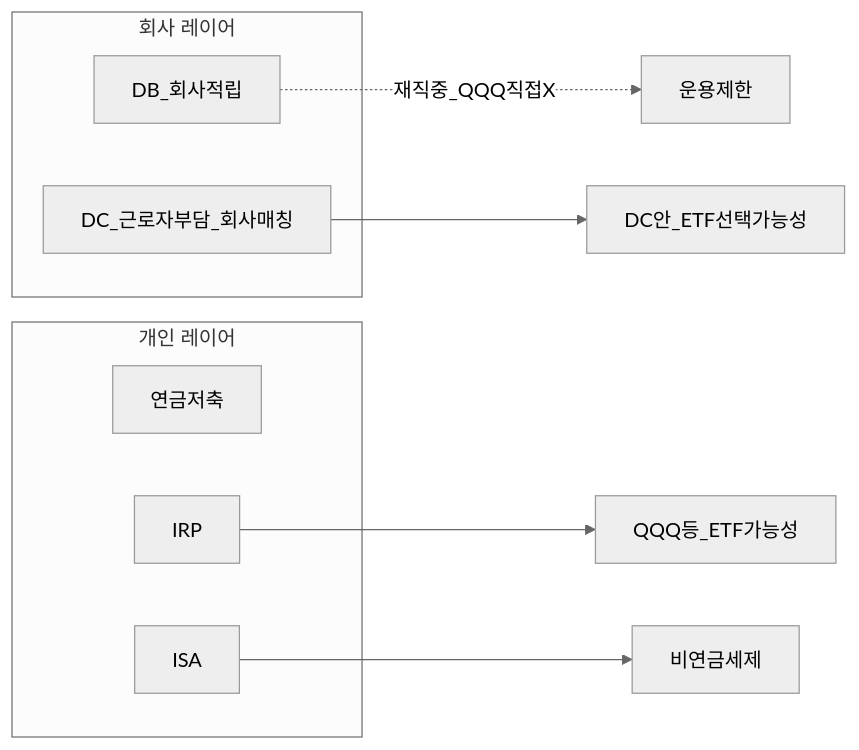
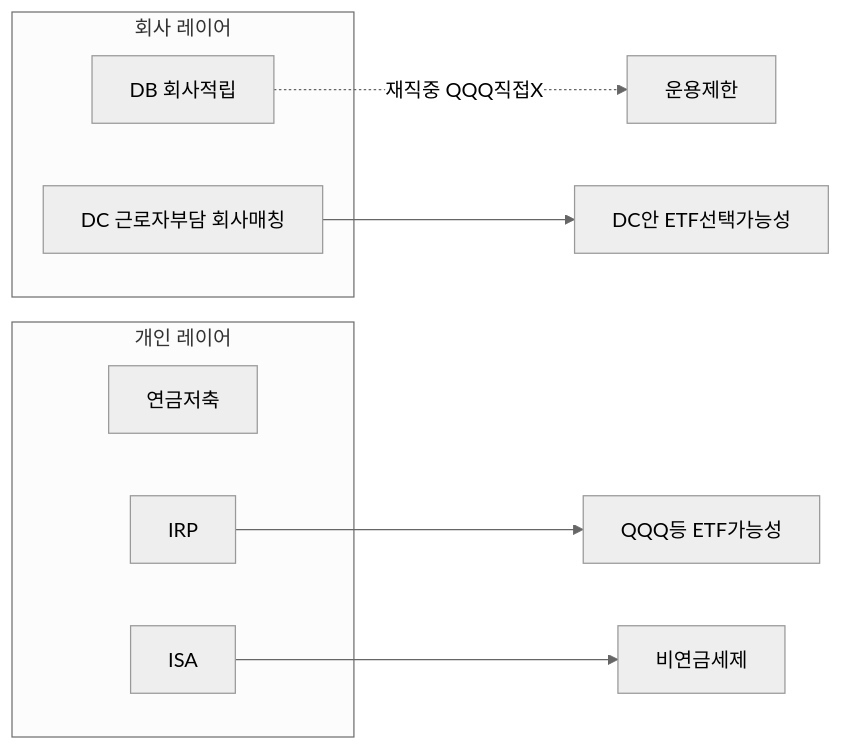
The second of 2 diagrams in 06-korea-policy/pension-savings-account.md (goldanghenry/Finances), drawn with Mermaid (neutral theme) before and after one commit. The commit also changed other lines of this file and 211 other files, not shown here.

````diff
--- a/06-korea-policy/pension-savings-account.md
+++ b/06-korea-policy/pension-savings-account.md
@@ -155,16 +166,16 @@
 ```mermaid
 flowchart LR
   subgraph corp [회사 레이어]
-    DB[DB_회사적립]
-    DC[DC_근로자부담_회사매칭]
+    DB["DB 회사적립"]
+    DC["DC 근로자부담 회사매칭"]
   end
   subgraph personal [개인 레이어]
     PS2[연금저축]
     IRP2[IRP]
     ISA[ISA]
   end
-  DB -.->|재직중_QQQ직접X| Limit[운용제한]
-  IRP2 --> ETF[QQQ등_ETF가능성]
-  DC --> ETFdc[DC안_ETF선택가능성]
+  DB -.->|"재직중 QQQ직접X"| Limit[운용제한]
+  IRP2 --> ETF["QQQ등 ETF가능성"]
+  DC --> ETFdc["DC안 ETF선택가능성"]
   ISA --> ETFisa[비연금세제]
 ```
````
